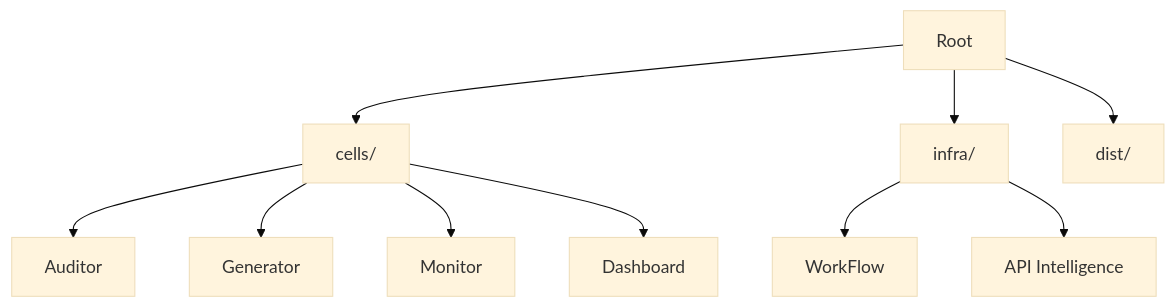
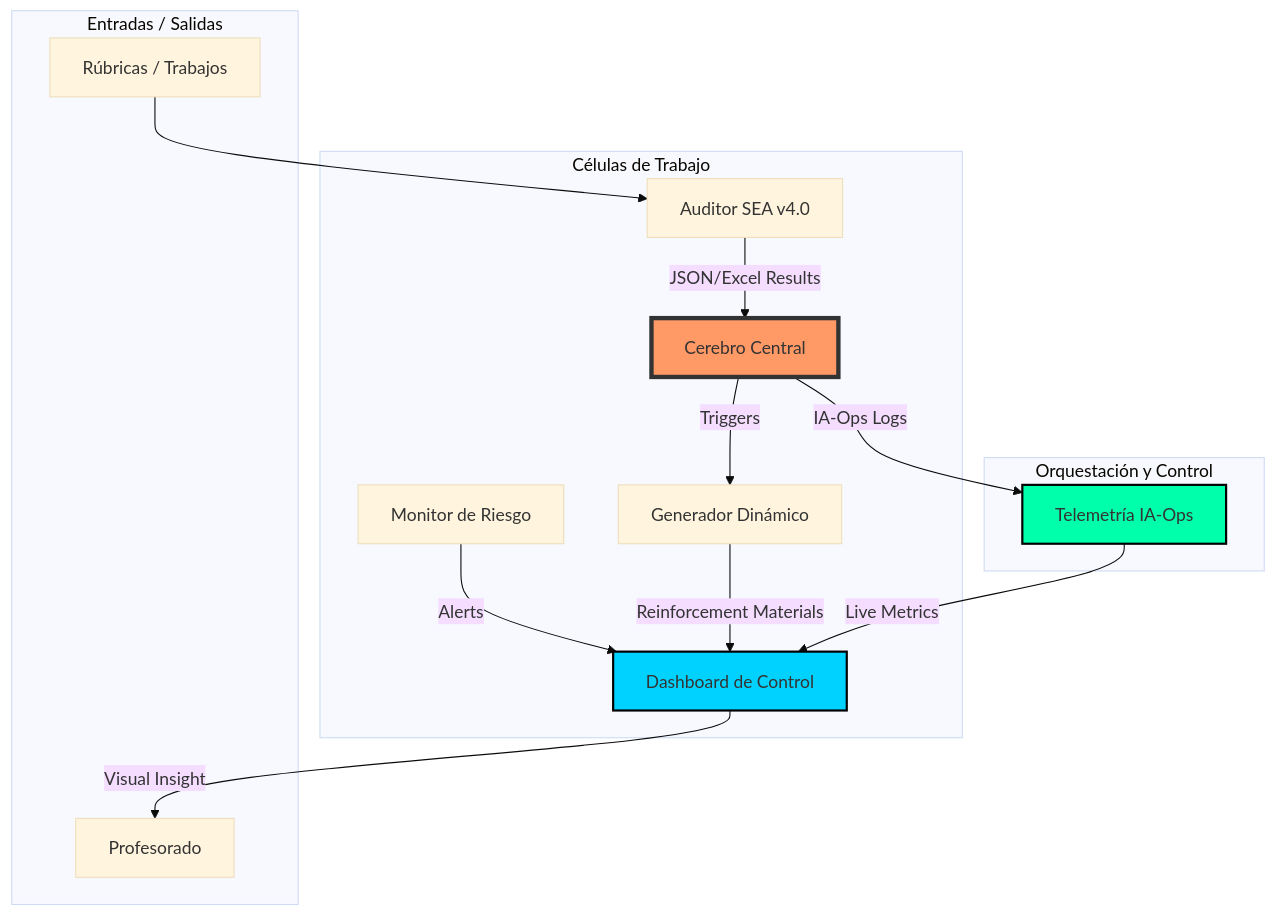
One commit to bbaakkuu-svg/PEDAGOG-IA_Cel-las_de_Automatizacion changed the diagram in README.md. Above: the diagram before and after it, drawn with Mermaid (base theme). The commit also changed other lines of this file and 58 other files, not shown here.

````diff
--- a/README.md
+++ b/README.md
@@ -54,12 +11,23 @@
 ```mermaid
 graph TD
-    A[Root] --> B[cells/]
-    A --> C[infra/]
-    A --> D[dist/]
-    B --> B1[Auditor]
-    B --> B2[Generator]
-    B --> B3[Monitor]
-    B --> B4[Dashboard]
-    C --> C1[WorkFlow]
-    C --> C2[API Intelligence]
+    subgraph Células de Trabajo
+        A[Auditor SEA v4.0] -- "JSON/Excel Results" --> B[Cerebro Central]
+        D[Monitor de Riesgo] -- "Alerts" --> G[Dashboard]
+        F[Generador Dinámico] -- "Reinforcement Materials" --> G
+    end
+
+    subgraph Orquestación y Control
+        B -- "Triggers" --> F
+        B -- "IA-Ops Logs" --> E[Telemetría IA-Ops]
+        E -- "Live Metrics" --> G[Dashboard de Control]
+    end
+
+    subgraph Entradas / Salidas
+        H[Rúbricas / Trabajos] --> A
+        G -- "Visual Insight" --> I[Profesorado]
+    end
+
+    style B fill:#f96,stroke:#333,stroke-width:4px
+    style G fill:#00d2ff,stroke:#000,stroke-width:2px
+    style E fill:#00ffaa,stroke:#000,stroke-width:2px
 ```
````
